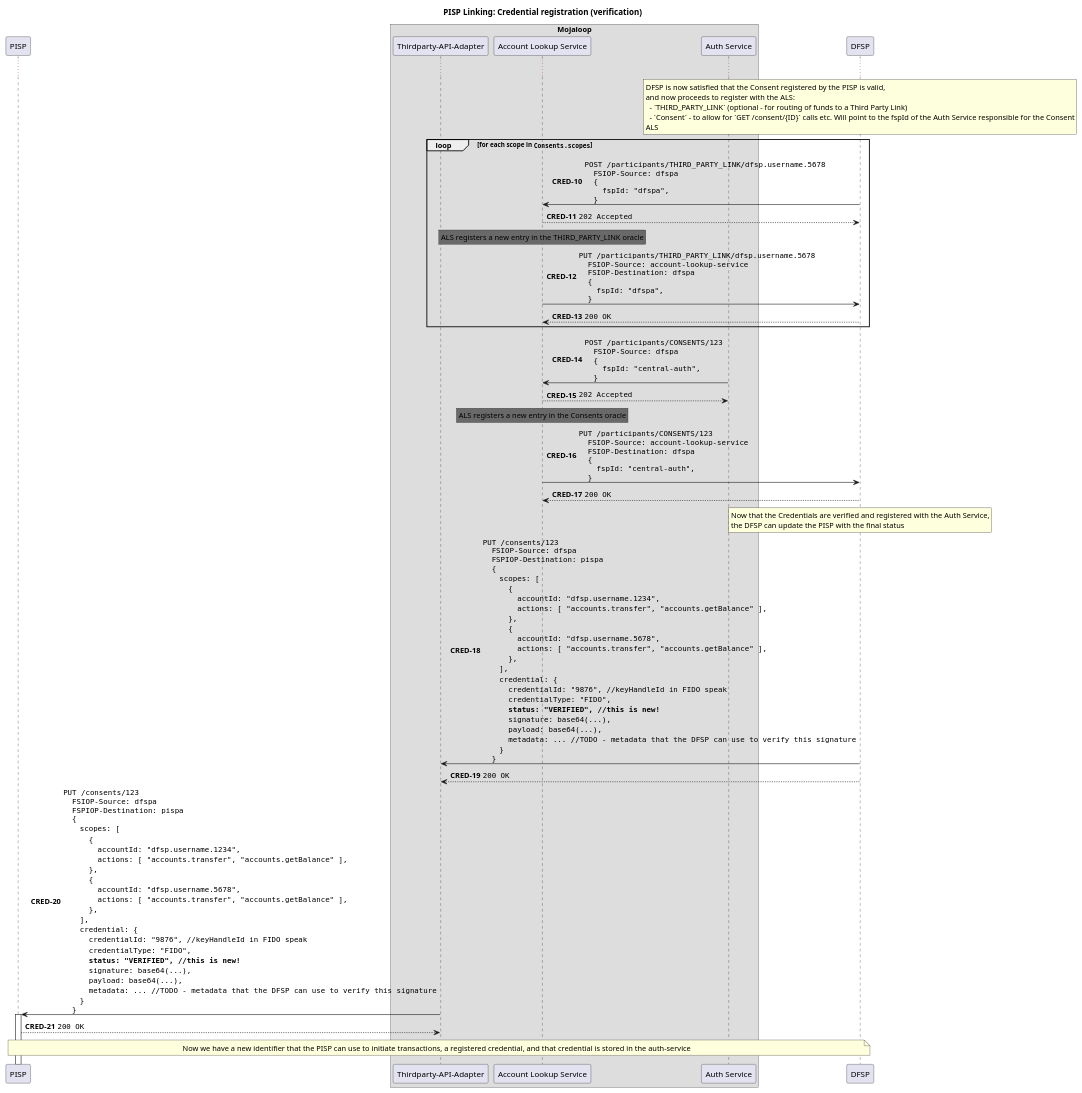
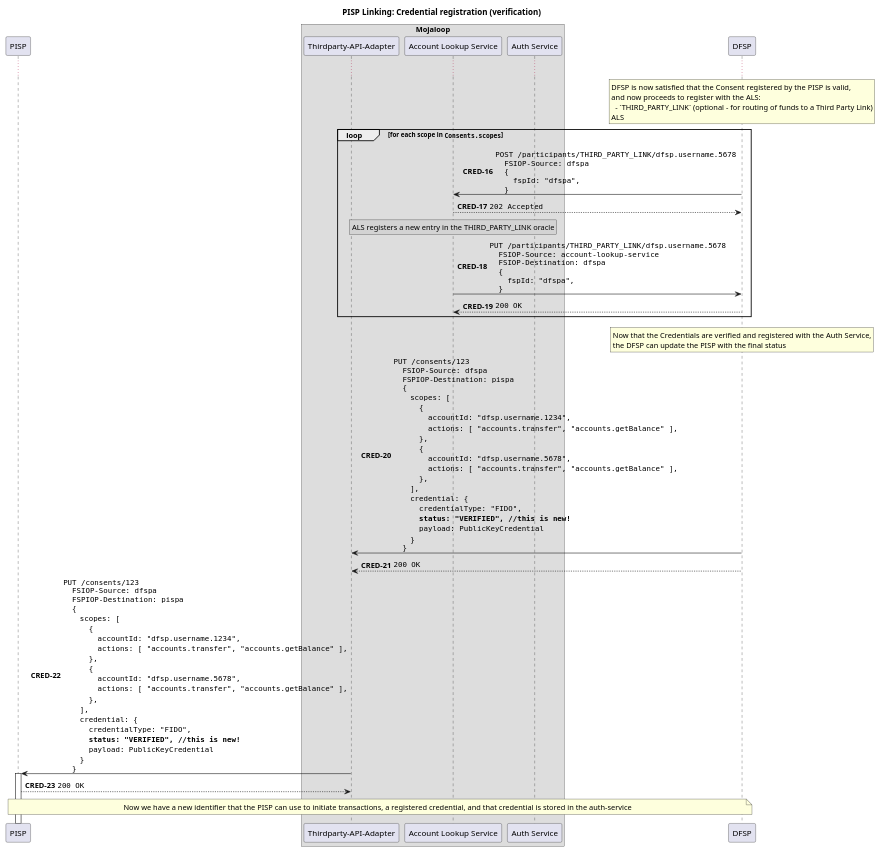
Before and after one commit to mojaloop/pisp-project: the diagram in docs/linking/5b-finalize_consent.puml, drawn with PlantUML. The commit also changed 4 other files, not shown here.

```diff
--- a/docs/linking/5b-finalize_consent.puml
+++ b/docs/linking/5b-finalize_consent.puml
@@ -1,138 +1,107 @@
 @startuml
 
 !pragma teoz true
 
 title PISP Linking: Credential registration (verification)
 
 participant "PISP" as PISP
 
 box "Mojaloop"
     participant "Thirdparty-API-Adapter" as Switch
     participant "Account Lookup Service" as ALS
     participant "Auth Service" as Auth
 end box
 
 participant "DFSP" as DFSP
 
-autonumber 10 "<b>CRED-#</b>"
+autonumber 16 "<b>CRED-#</b>"
 
 ...
 
 
 rnote over DFSP
   DFSP is now satisfied that the Consent registered by the PISP is valid,
   and now proceeds to register with the ALS:
     - `THIRD_PARTY_LINK` (optional - for routing of funds to a Third Party Link)
-    - `Consent` - to allow for `GET /consent/{ID}` calls etc. Will point to the fspId of the Auth Service responsible for the Consent
   ALS
 end note
 
 loop for each scope in ""Consents.scopes""
 
 DFSP -> ALS: ""POST /participants/THIRD_PARTY_LINK/dfsp.username.5678"" \n\
 ""  FSIOP-Source: dfspa""\n\
 ""  {""\n\
 ""    fspId: "dfspa",""\n\
 ""  }""
 ALS --> DFSP: ""202 Accepted""
 
-rnote over ALS #DimGray
+rnote over ALS #LightGray
   ALS registers a new entry in the THIRD_PARTY_LINK oracle
 end note
 
 ALS -> DFSP: ""PUT /participants/THIRD_PARTY_LINK/dfsp.username.5678"" \n\
 ""  FSIOP-Source: account-lookup-service""\n\
 ""  FSIOP-Destination: dfspa""\n\
 ""  {""\n\
 ""    fspId: "dfspa",""\n\
 ""  }""
 DFSP --> ALS: ""200 OK""
 end
-
-
-' //TODO: Auth Service registers with the ALS
-Auth -> ALS: ""POST /participants/CONSENTS/123"" \n\
-""  FSIOP-Source: dfspa""\n\
-""  {""\n\
-""    fspId: "central-auth",""\n\
-""  }""
-ALS --> Auth: ""202 Accepted""
-
-rnote over ALS #DimGray
-  ALS registers a new entry in the Consents oracle
-end note
-
-ALS -> DFSP: ""PUT /participants/CONSENTS/123"" \n\
-""  FSIOP-Source: account-lookup-service""\n\
-""  FSIOP-Destination: dfspa""\n\
-""  {""\n\
-""    fspId: "central-auth",""\n\
-""  }""
-DFSP --> ALS: ""200 OK""
-
 
 
 rnote over DFSP
   Now that the Credentials are verified and registered with the Auth Service,
   the DFSP can update the PISP with the final status
 end note
 
 DFSP -> Switch: ""PUT /consents/123""\n\
 ""  FSIOP-Source: dfspa""\n\
 ""  FSPIOP-Destination: pispa""\n\
 ""  {""\n\
     ""  scopes: [""\n\
     ""    {""\n\
     ""      accountId: "dfsp.username.1234",""\n\
     ""      actions: [ "accounts.transfer", "accounts.getBalance" ],""\n\
     ""    },""\n\
     ""    {""\n\
     ""      accountId: "dfsp.username.5678",""\n\
     ""      actions: [ "accounts.transfer", "accounts.getBalance" ],""\n\
     ""    },""\n\
     ""  ],""\n\
     ""  credential: {""\n\
-    ""    credentialId: "9876", //keyHandleId in FIDO speak ""\n\
     ""    credentialType: "FIDO",""\n\
-    ""    **status: "VERIFIED", //this is new!** ""\n\
-    ""    signature: base64(...),""\n\
-    ""    payload: base64(...),""\n\
-    ' Q3. Need to define this metadata better
-    ""    metadata: ... //TODO - metadata that the DFSP can use to verify this signature""\n\
+    ""    **status: "VERIFIED", //this is new!**""\n\
+    ""    payload: PublicKeyCredential ""\n\
     ""  }""\n\
 ""  }""
 DFSP --> Switch: ""200 OK""
 
 Switch -> PISP ++: ""PUT /consents/123""\n\
 ""  FSIOP-Source: dfspa""\n\
 ""  FSPIOP-Destination: pispa""\n\
 ""  {""\n\
     ""  scopes: [""\n\
     ""    {""\n\
     ""      accountId: "dfsp.username.1234",""\n\
     ""      actions: [ "accounts.transfer", "accounts.getBalance" ],""\n\
     ""    },""\n\
     ""    {""\n\
     ""      accountId: "dfsp.username.5678",""\n\
     ""      actions: [ "accounts.transfer", "accounts.getBalance" ],""\n\
     ""    },""\n\
     ""  ],""\n\
     ""  credential: {""\n\
-    ""    credentialId: "9876", //keyHandleId in FIDO speak ""\n\
     ""    credentialType: "FIDO",""\n\
-    ""    **status: "VERIFIED", //this is new!** ""\n\
-    ""    signature: base64(...),""\n\
-    ""    payload: base64(...),""\n\
-    ' Q3. Need to define this metadata better
-    ""    metadata: ... //TODO - metadata that the DFSP can use to verify this signature""\n\
+    ""    **status: "VERIFIED", //this is new!**""\n\
+    ""    payload: PublicKeyCredential ""\n\
     ""  }""\n\
 ""  }""
 PISP --> Switch: ""200 OK""
 
 
 note over PISP, DFSP
   Now we have a new identifier that the PISP can use to initiate transactions, a registered credential, and that credential is stored in the auth-service
 end note
 
 
 @enduml
```
